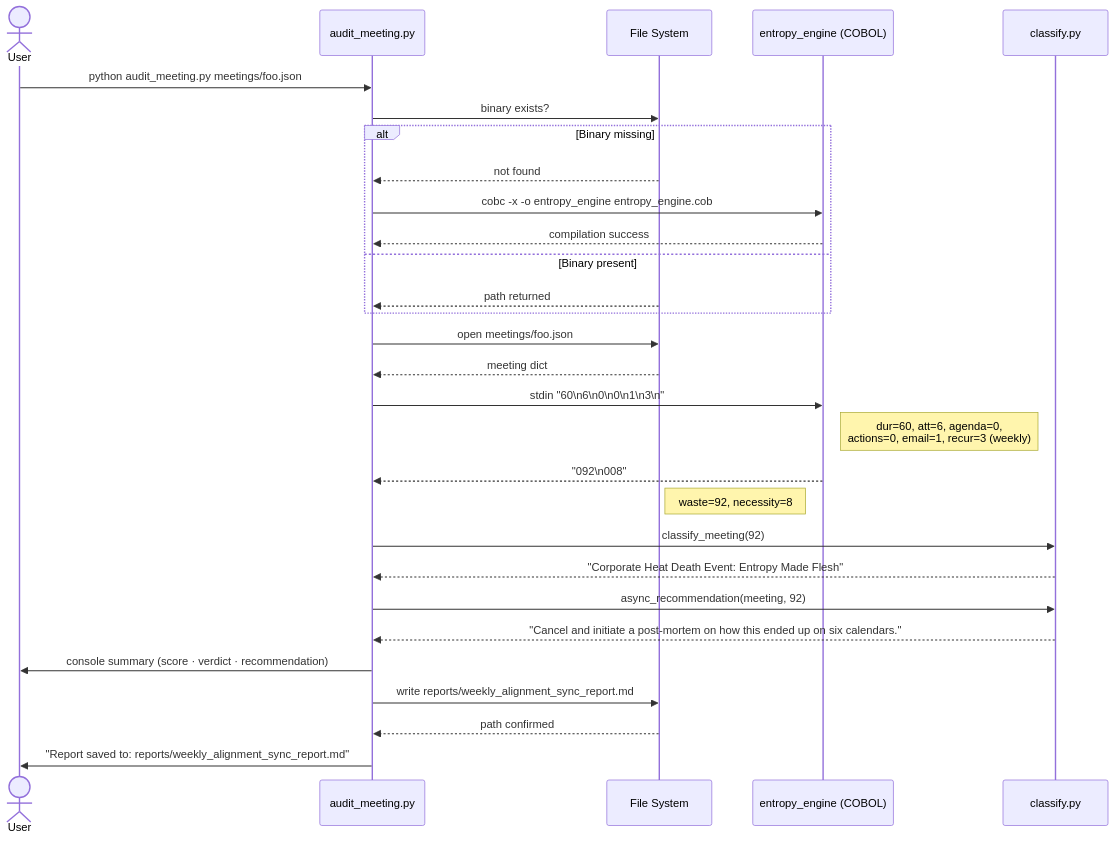
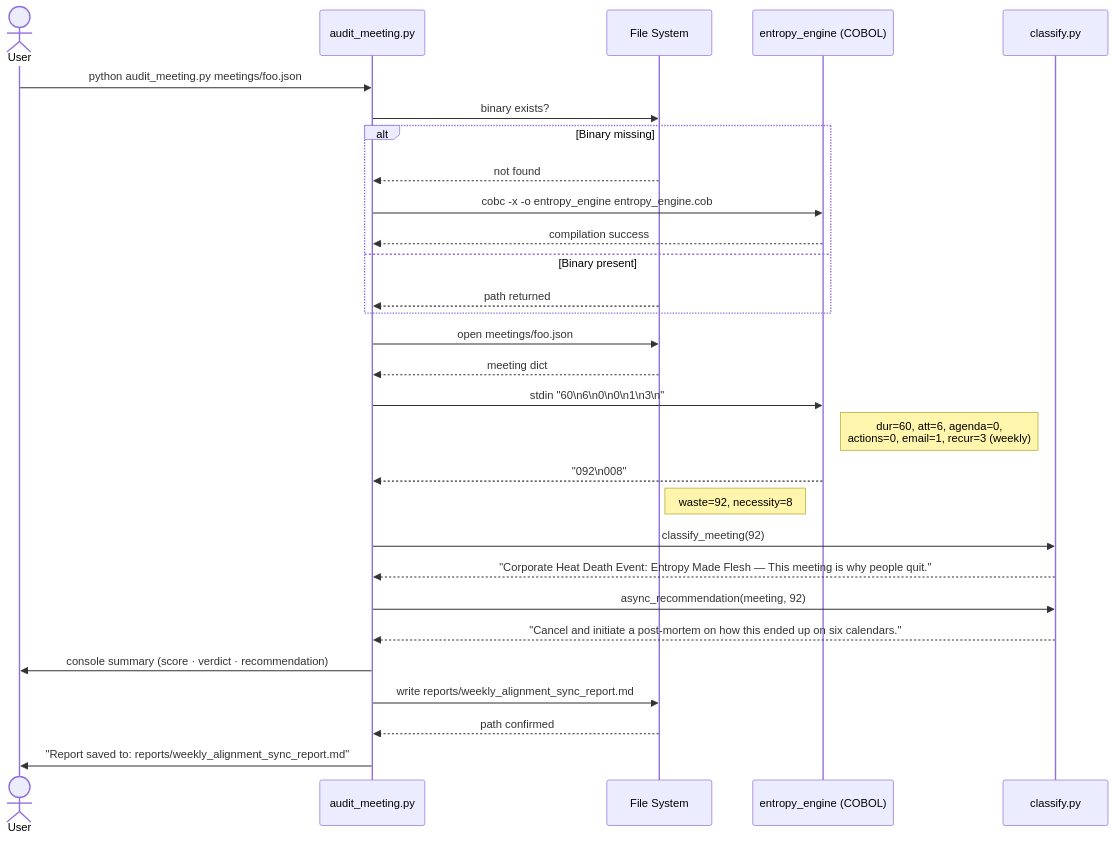
The third of 6 diagrams in docs/architecture.md (kenwalger/SilentSpace), drawn with Mermaid before and after one commit. The commit also changed 2 other files, not shown here.

````diff
--- a/docs/architecture.md
+++ b/docs/architecture.md
@@ -300,38 +300,38 @@
 ```mermaid
 sequenceDiagram
     actor User
     participant audit as audit_meeting.py
     participant fs as File System
     participant cobol as entropy_engine (COBOL)
     participant classify as classify.py
 
     User->>audit: python audit_meeting.py meetings/foo.json
 
     audit->>fs: binary exists?
     alt Binary missing
         fs-->>audit: not found
         audit->>cobol: cobc -x -o entropy_engine entropy_engine.cob
         cobol-->>audit: compilation success
     else Binary present
         fs-->>audit: path returned
     end
 
     audit->>fs: open meetings/foo.json
     fs-->>audit: meeting dict
 
     audit->>cobol: stdin "60\n6\n0\n0\n1\n3\n"
     Note right of cobol: dur=60, att=6, agenda=0,<br/>actions=0, email=1, recur=3 (weekly)
     cobol-->>audit: "092\n008"
     Note left of cobol: waste=92, necessity=8
 
     audit->>classify: classify_meeting(92)
-    classify-->>audit: "Corporate Heat Death Event: Entropy Made Flesh"
+    classify-->>audit: "Corporate Heat Death Event: Entropy Made Flesh — This meeting is why people quit."
 
     audit->>classify: async_recommendation(meeting, 92)
     classify-->>audit: "Cancel and initiate a post-mortem on how this ended up on six calendars."
 
     audit->>User: console summary (score · verdict · recommendation)
     audit->>fs: write reports/weekly_alignment_sync_report.md
     fs-->>audit: path confirmed
     audit->>User: "Report saved to: reports/weekly_alignment_sync_report.md"
 ```
````
